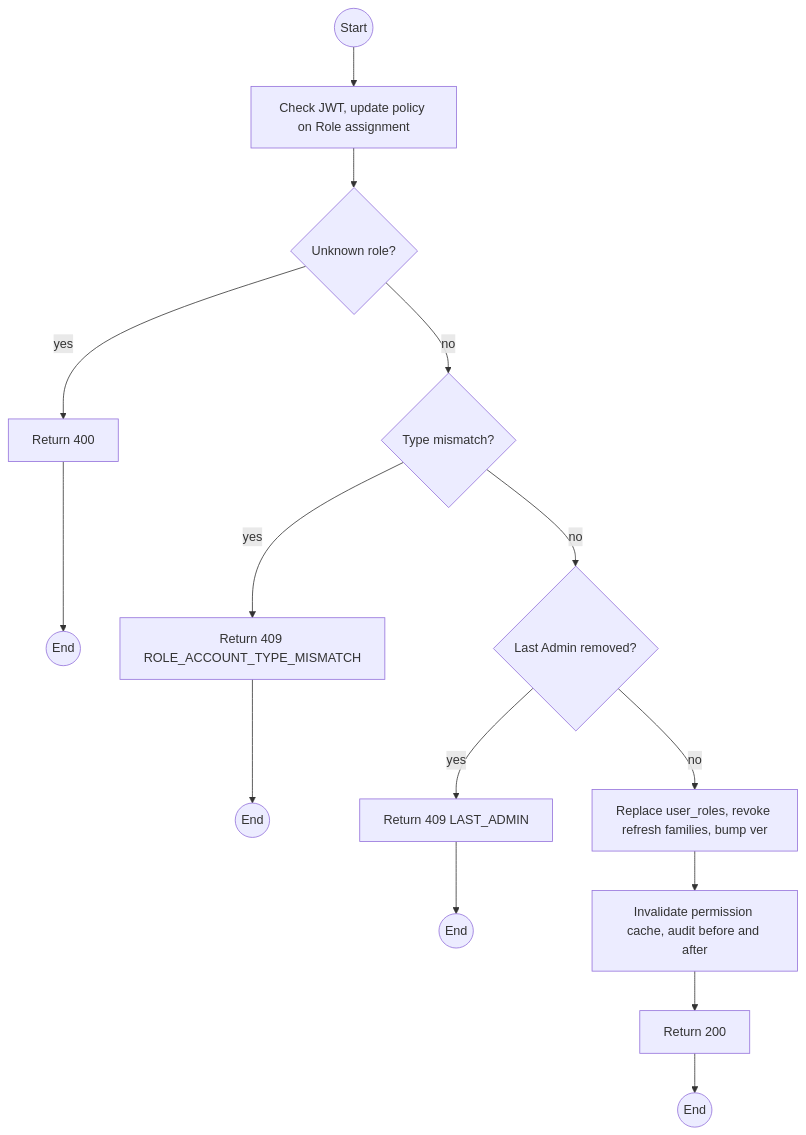
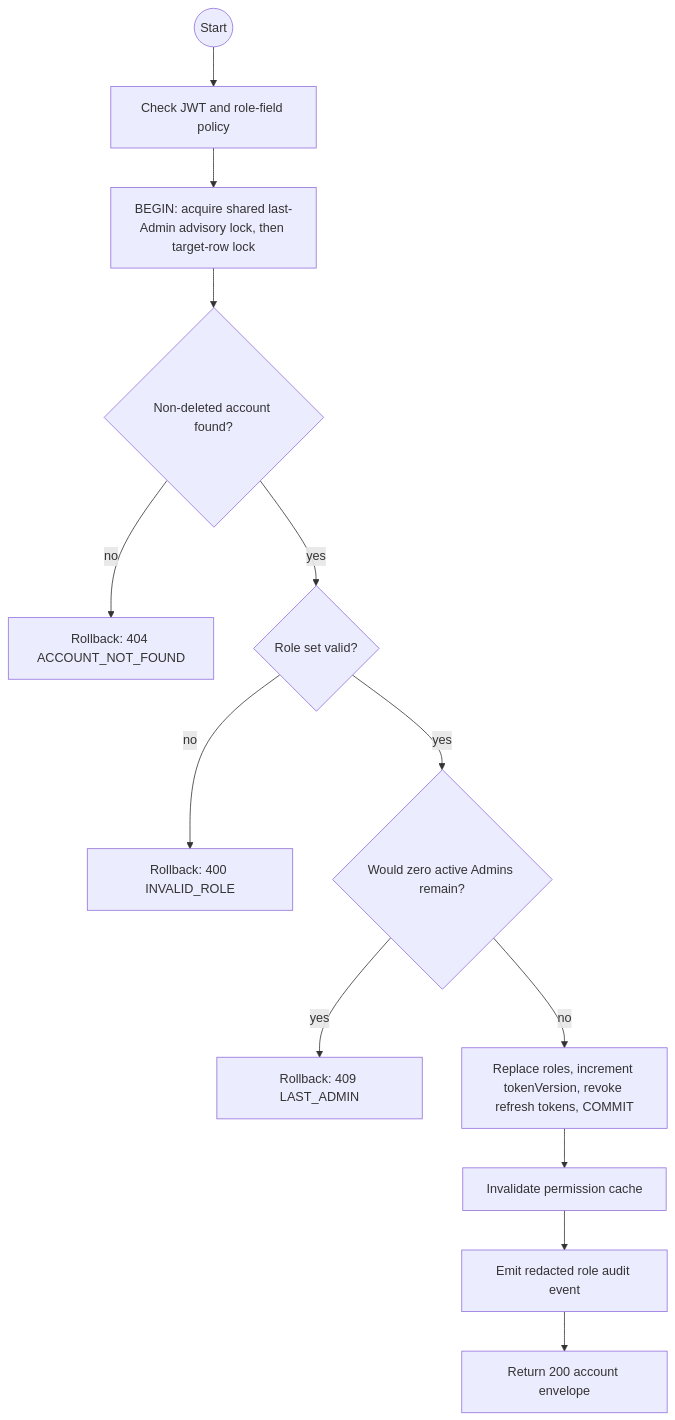
Before and after one commit to TrekLink-Team/treklink-web: the first of 2 diagrams in specs/auth/api-design/14-put-users-roles.md, drawn with Mermaid. The commit also changed other lines of this file and 13 other files, not shown here.

First line of the commit message:
docs(TK-22): specify admin account management (#14)

````diff
--- a/specs/auth/api-design/14-put-users-roles.md
+++ b/specs/auth/api-design/14-put-users-roles.md
@@ -173,28 +80,15 @@
 ```mermaid
 flowchart TB
-    S((Start))
-    A1["Check JWT, update policy on Role assignment"]
-    S --> A1
-    D2{"Unknown role?"}
-    A1 --> D2
-    E2["Return 400"]
-    D2 -->|yes| E2
-    E2 --> X2((End))
-    D3{"Type mismatch?"}
-    D2 -->|no| D3
-    E3["Return 409 ROLE_ACCOUNT_TYPE_MISMATCH"]
-    D3 -->|yes| E3
-    E3 --> X3((End))
-    D4{"Last Admin removed?"}
-    D3 -->|no| D4
-    E4["Return 409 LAST_ADMIN"]
-    D4 -->|yes| E4
-    E4 --> X4((End))
-    A5["Replace user_roles, revoke refresh families, bump ver"]
-    D4 -->|no| A5
-    A6["Invalidate permission cache, audit before and after"]
-    A5 --> A6
-    OK["Return 200"]
-    A6 --> OK
-    OK --> Z((End))
+    S((Start)) --> G[Check JWT and role-field policy]
+    G --> K[BEGIN: acquire shared last-Admin advisory lock, then target-row lock]
+    K --> F{Non-deleted account found?}
+    F -->|no| E1[Rollback: 404 ACCOUNT_NOT_FOUND]
+    F -->|yes| R{Role set valid?}
+    R -->|no| E3[Rollback: 400 INVALID_ROLE]
+    R -->|yes| A{Would zero active Admins remain?}
+    A -->|yes| E2[Rollback: 409 LAST_ADMIN]
+    A -->|no| T[Replace roles, increment tokenVersion, revoke refresh tokens, COMMIT]
+    T --> C[Invalidate permission cache]
+    C --> U[Emit redacted role audit event]
+    U --> O[Return 200 account envelope]
 ```
````
